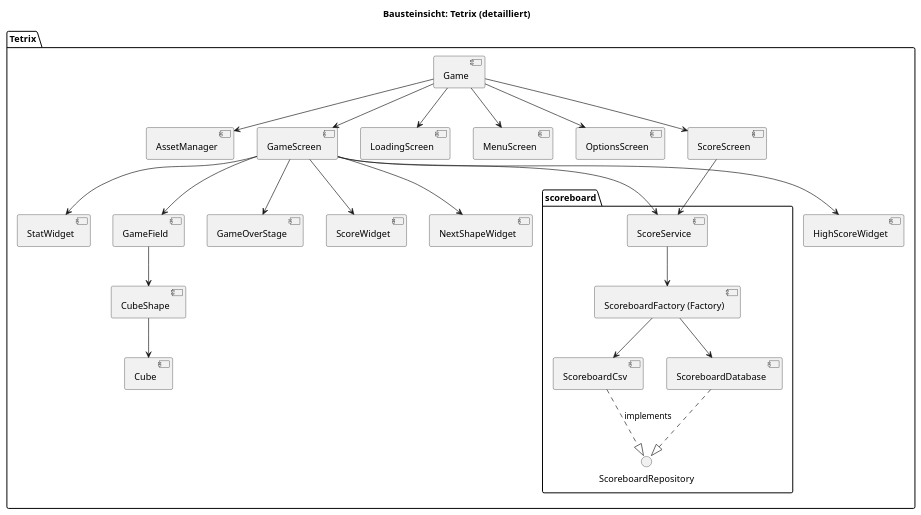
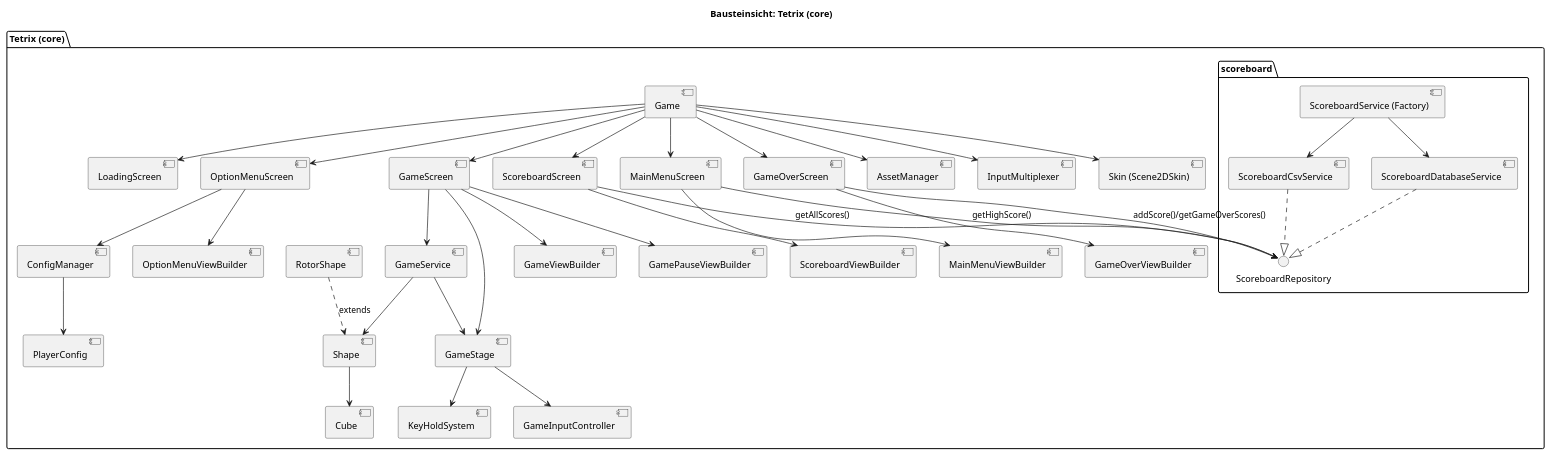
Before and after one commit to Noah-Martinez/Tetrix: the diagram in docs/uml/Bausteinsicht.puml, drawn with PlantUML. The commit also changed 6 other files, not shown here.

Commit message:
CHORE: update-architecture - Updating architecture documentation

```diff
--- a/docs/uml/Bausteinsicht.puml
+++ b/docs/uml/Bausteinsicht.puml
@@ -1,60 +1,83 @@
 @startuml
-title Bausteinsicht: Tetrix (detailliert)
+title Bausteinsicht: Tetrix (core)
 
-package "Tetrix" {
+package "Tetrix (core)" {
   component "Game" as Game
   component "AssetManager" as AM
+  component "InputMultiplexer" as IM
+  component "Skin (Scene2DSkin)" as Skin
 
+  component "LoadingScreen" as LS
+  component "MainMenuScreen" as MMS
+  component "OptionMenuScreen" as OMS
+  component "ScoreboardScreen" as SBS
   component "GameScreen" as GScreen
-  component "GameField" as GField
-  component "CubeShape" as CS
+  component "GameOverScreen" as GOS
+
+  component "GameStage" as GST
+  component "GameViewBuilder" as GVB
+  component "GamePauseViewBuilder" as GPVB
+  component "MainMenuViewBuilder" as MMVB
+  component "OptionMenuViewBuilder" as OMVB
+  component "ScoreboardViewBuilder" as SBVB
+  component "GameOverViewBuilder" as GOVB
+
+  component "GameService" as Service
+  component "GameInputController" as GIC
+  component "KeyHoldSystem" as KHS
+
+  component "Shape" as Shape
+  component "RotorShape" as Rotor
   component "Cube" as Cube
 
-  component "GameOverStage" as GOStage
-  component "HighScoreWidget" as HSWidget
-  component "ScoreWidget" as SWidget
-  component "NextShapeWidget" as NSWidget
-  component "StatWidget" as StatWidget
+  package "scoreboard" {
+    interface "ScoreboardRepository" as SR
+    component "ScoreboardCsvService" as SC
+    component "ScoreboardDatabaseService" as SD
+    component "ScoreboardService (Factory)" as SF
+  }
 
-  component "LoadingScreen" as LS
-  component "MenuScreen" as MS
-  component "OptionsScreen" as OS
-  component "ScoreScreen" as SScreen
-
-  package "scoreboard" {
-    component "ScoreService" as SService
-    interface "ScoreboardRepository" as SR
-    component "ScoreboardCsv" as SC
-    component "ScoreboardDatabase" as SD
-    component "ScoreboardFactory (Factory)" as SF
-  }
+  component "ConfigManager" as Cfg
+  component "PlayerConfig" as PCfg
 }
 
 Game --> AM
+Game --> IM
+Game --> Skin
+Game --> LS
+Game --> MMS
+Game --> OMS
+Game --> SBS
 Game --> GScreen
-GScreen --> GField
-GScreen --> StatWidget
-GScreen --> SService
-GField --> CS
-CS --> Cube
-GScreen --> GOStage
-GScreen --> HSWidget
-GScreen --> SWidget
-GScreen --> NSWidget
+Game --> GOS
 
+GScreen --> GST
+GScreen --> Service
+GScreen --> GVB
+GScreen --> GPVB
 
-Game --> LS
-Game --> MS
-Game --> OS
-Game --> SScreen
-SScreen --> SService
+MMS --> MMVB
+MMS --> SR : getHighScore()
 
-SService --> SF
+OMS --> OMVB
+OMS --> Cfg
+Cfg --> PCfg
 
-' Persistenz
+SBS --> SBVB
+SBS --> SR : getAllScores()
+
+GOS --> GOVB
+GOS --> SR : addScore()/getGameOverScores()
+
+GST --> GIC
+GST --> KHS
+Service --> GST
+Service --> Shape
+Rotor ..> Shape : extends
+Shape --> Cube
+
 SF --> SD
 SF --> SC
 SD ..|> SR
-SC ..|> SR : implements
-
+SC ..|> SR
 @enduml
```
